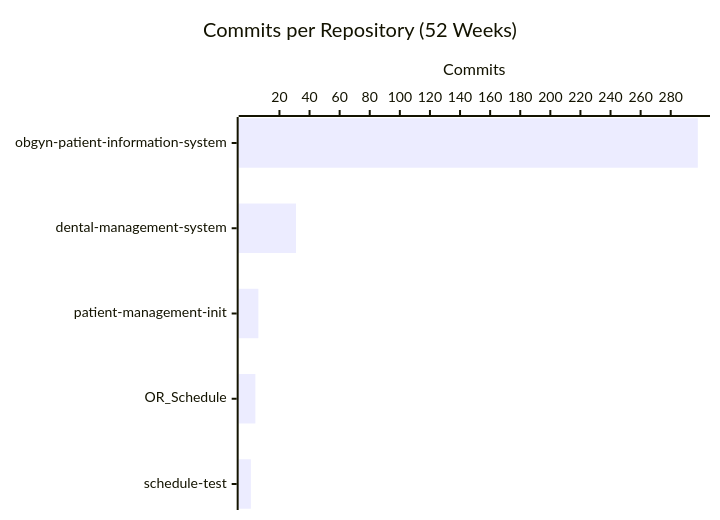
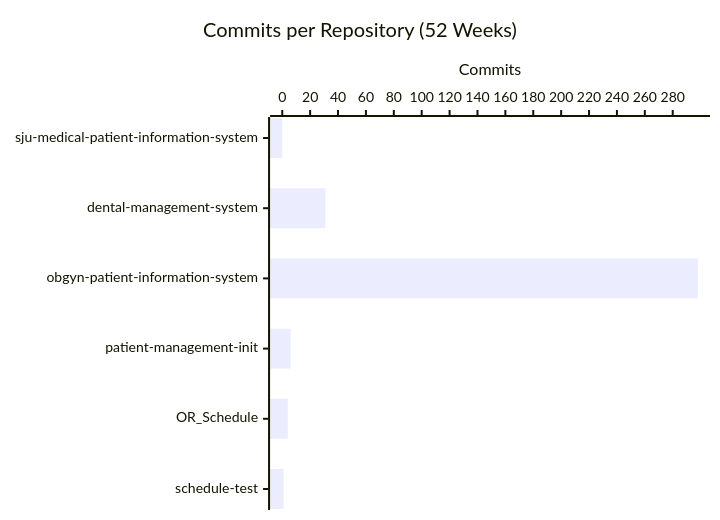
One commit to CSTH-Projects/.github changed the second of 4 diagrams in profile/README.md. Above: the diagram before and after it, drawn with Mermaid. The commit also changed other lines of this file, not shown here.

````diff
--- a/profile/README.md
+++ b/profile/README.md
@@ -23,7 +24,7 @@
 ```mermaid
 xychart-beta horizontal
     title "Commits per Repository (52 Weeks)"
-    x-axis ["obgyn-patient-information-system", "dental-management-system", "patient-management-init", "OR_Schedule", "schedule-test"]
+    x-axis ["sju-medical-patient-information-system", "dental-management-system", "obgyn-patient-information-system", "patient-management-init", "OR_Schedule", "schedule-test"]
     y-axis "Commits"
-    bar [298, 31, 6, 4, 1]
+    bar [0, 31, 298, 6, 4, 1]
 ```
````
